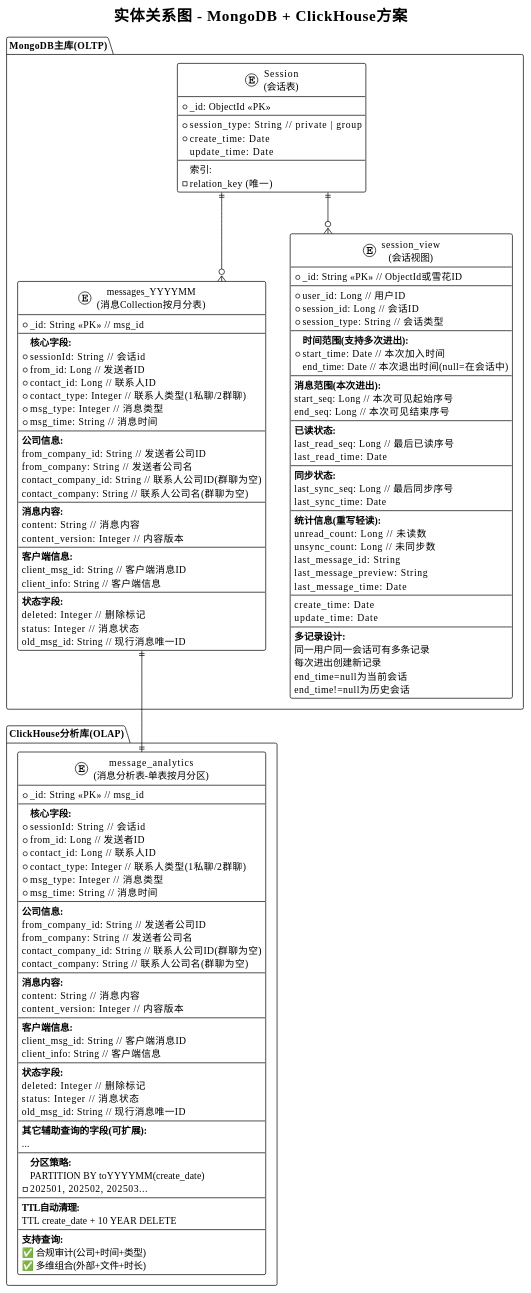
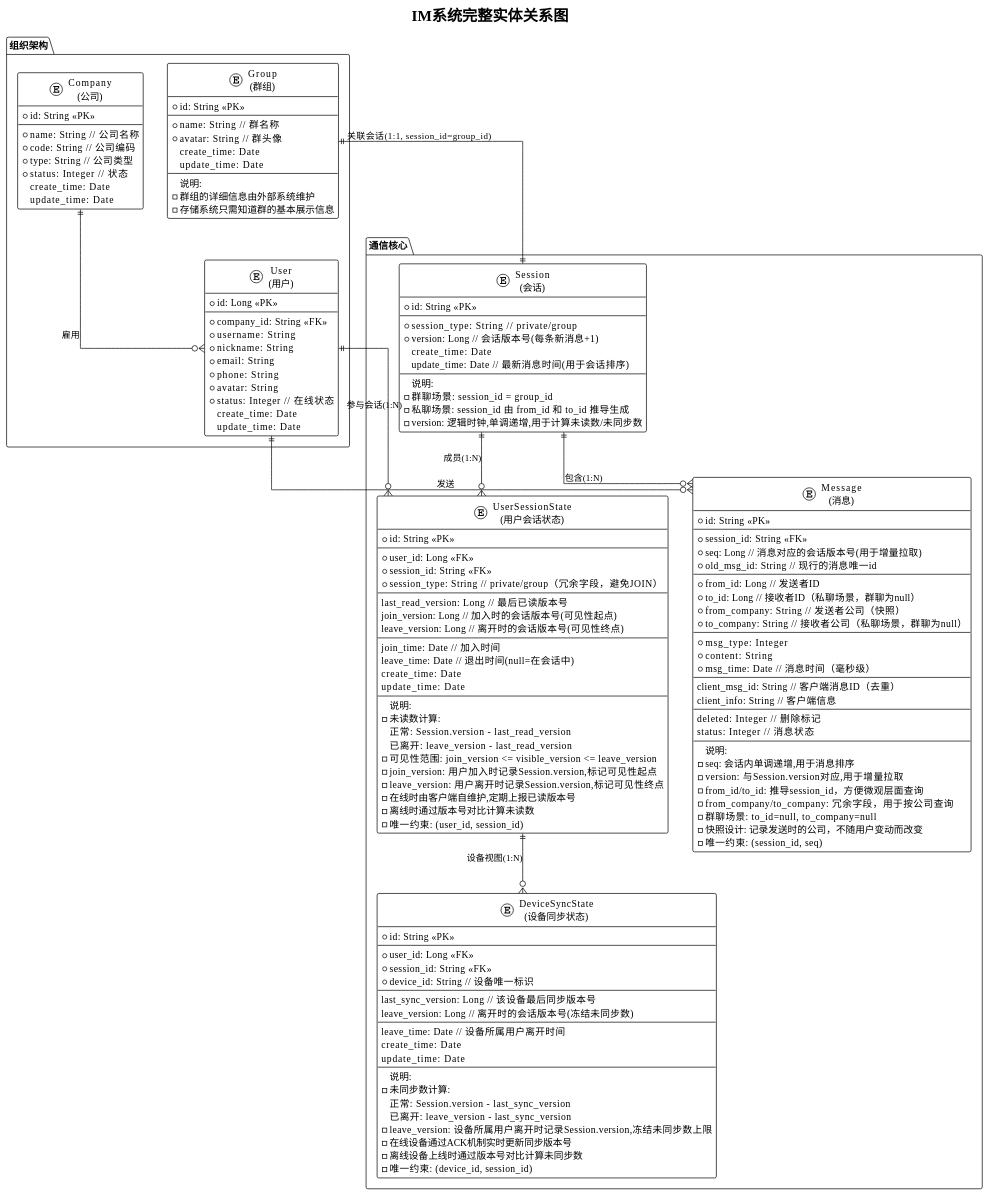
The diagram in im/entity-relationship.md (bluemacaw-zhou/note), drawn with PlantUML before and after one commit.

Commit message:
Update entity relationship diagram for IM system

````diff
--- a/im/entity-relationship.md
+++ b/im/entity-relationship.md
@@ -1,156 +1,163 @@
 ```plantuml
-@startuml 实体关系图V4-MongoDB方案
+@startuml 完整实体关系图-IM系统
 !theme plain
 skinparam linetype ortho
 
-title 实体关系图 - MongoDB + ClickHouse方案
+title IM系统完整实体关系图
 
-' ============ MongoDB实体 ============
-
-package "MongoDB主库(OLTP)" {
-
-  entity "Session\n(会话表)" as Session {
-    * _id: ObjectId <<PK>>
+' ============ 组织架构实体 ============
+package "组织架构" {
+  entity "Company\n(公司)" as Company {
+    * id: String <<PK>>
     --
-    * session_type: String // private | group
-    * create_time: Date
+    * name: String // 公司名称
+    * code: String // 公司编码
+    * type: String // 公司类型
+    * status: Integer // 状态
+    create_time: Date
     update_time: Date
-    ---
-    索引:
-    - relation_key (唯一)
   }
 
-  entity "messages_YYYYMM\n(消息Collection按月分表)" as Message {
-    * _id: String <<PK>> // msg_id
+  entity "User\n(用户)" as User {
+    * id: Long <<PK>>
     --
-    <b>核心字段:</b>
-    * sessionId: String // 会话id
+    * company_id: String <<FK>>
+    * username: String
+    * nickname: String
+    * email: String
+    * phone: String
+    * avatar: String
+    * status: Integer // 在线状态
+    create_time: Date
+    update_time: Date
+  }
+
+  entity "Group\n(群组)" as Group {
+    * id: String <<PK>>
+    --
+    * name: String // 群名称
+    * avatar: String // 群头像
+    create_time: Date
+    update_time: Date
+    --
+    说明:
+    - 群组的详细信息由外部系统维护
+    - 存储系统只需知道群的基本展示信息
+  }
+}
+
+' ============ 通信核心实体 ============
+package "通信核心" {
+  entity "Session\n(会话)" as Session {
+    * id: String <<PK>>
+    --
+    * session_type: String // private/group
+    * version: Long // 会话版本号(每条新消息+1)
+    create_time: Date
+    update_time: Date // 最新消息时间(用于会话排序)
+    --
+    说明:
+    - 群聊场景: session_id = group_id
+    - 私聊场景: session_id 由 from_id 和 to_id 推导生成
+    - version: 逻辑时钟,单调递增,用于计算未读数/未同步数
+  }
+
+  entity "UserSessionState\n(用户会话状态)" as UserSessionState {
+    * id: String <<PK>>
+    --
+    * user_id: Long <<FK>>
+    * session_id: String <<FK>>
+    * session_type: String // private/group（冗余字段，避免JOIN）
+    --
+    last_read_version: Long // 最后已读版本号
+    join_version: Long // 加入时的会话版本号(可见性起点)
+    leave_version: Long // 离开时的会话版本号(可见性终点)
+    --
+    join_time: Date // 加入时间
+    leave_time: Date // 退出时间(null=在会话中)
+    create_time: Date
+    update_time: Date
+    --
+    说明:
+    - 未读数计算:
+      正常: Session.version - last_read_version
+      已离开: leave_version - last_read_version
+    - 可见性范围: join_version <= visible_version <= leave_version
+    - join_version: 用户加入时记录Session.version,标记可见性起点
+    - leave_version: 用户离开时记录Session.version,标记可见性终点
+    - 在线时由客户端自维护,定期上报已读版本号
+    - 离线时通过版本号对比计算未读数
+    - 唯一约束: (user_id, session_id)
+  }
+
+  entity "DeviceSyncState\n(设备同步状态)" as DeviceSyncState {
+    * id: String <<PK>>
+    --
+    * user_id: Long <<FK>>
+    * session_id: String <<FK>>
+    * device_id: String // 设备唯一标识
+    --
+    last_sync_version: Long // 该设备最后同步版本号
+    leave_version: Long // 离开时的会话版本号(冻结未同步数)
+    --
+    leave_time: Date // 设备所属用户离开时间
+    create_time: Date
+    update_time: Date
+    --
+    说明:
+    - 未同步数计算:
+      正常: Session.version - last_sync_version
+      已离开: leave_version - last_sync_version
+    - leave_version: 设备所属用户离开时记录Session.version,冻结未同步数上限
+    - 在线设备通过ACK机制实时更新同步版本号
+    - 离线设备上线时通过版本号对比计算未同步数
+    - 唯一约束: (device_id, session_id)
+  }
+
+  entity "Message\n(消息)" as Message {
+    * id: String <<PK>>
+    --
+    * session_id: String <<FK>>
+    * seq: Long // 消息对应的会话版本号(用于增量拉取)
+    * old_msg_id: String // 现行的消息唯一id
+    --
     * from_id: Long // 发送者ID
-    * contact_id: Long // 联系人ID
-    * contact_type: Integer // 联系人类型(1私聊/2群聊)
-    * msg_type: Integer // 消息类型
-    * msg_time: String // 消息时间
+    * to_id: Long // 接收者ID（私聊场景，群聊为null）
+    * from_company: String // 发送者公司（快照）
+    * to_company: String // 接收者公司（私聊场景，群聊为null）
     --
-    <b>公司信息:</b>
-    from_company_id: String // 发送者公司ID
-    from_company: String // 发送者公司名
-    contact_company_id: String // 联系人公司ID(群聊为空)
-    contact_company: String // 联系人公司名(群聊为空)
+    * msg_type: Integer
+    * content: String
+    * msg_time: Date // 消息时间（毫秒级）
     --
-    <b>消息内容:</b>
-    content: String // 消息内容
-    content_version: Integer // 内容版本
-    --
-    <b>客户端信息:</b>
-    client_msg_id: String // 客户端消息ID
+    client_msg_id: String // 客户端消息ID（去重）
     client_info: String // 客户端信息
     --
-    <b>状态字段:</b>
     deleted: Integer // 删除标记
     status: Integer // 消息状态
-    old_msg_id: String // 现行消息唯一ID
+    --
+    说明:
+    - seq: 会话内单调递增,用于消息排序
+    - version: 与Session.version对应,用于增量拉取
+    - from_id/to_id: 推导session_id，方便微观层面查询
+    - from_company/to_company: 冗余字段，用于按公司查询
+    - 群聊场景: to_id=null, to_company=null
+    - 快照设计: 记录发送时的公司，不随用户变动而改变
+    - 唯一约束: (session_id, seq)
   }
-
-  entity "session_view\n(会话视图)" as SessionView {
-    * _id: String <<PK>> // ObjectId或雪花ID
-    --
-    * user_id: Long // 用户ID
-    * session_id: Long // 会话ID
-    * session_type: String // 会话类型
-    --
-    <b>时间范围(支持多次进出):</b>
-    * start_time: Date // 本次加入时间
-    end_time: Date // 本次退出时间(null=在会话中)
-    --
-    <b>消息范围(本次进出):</b>
-    start_seq: Long // 本次可见起始序号
-    end_seq: Long // 本次可见结束序号
-    --
-    <b>已读状态:</b>
-    last_read_seq: Long // 最后已读序号
-    last_read_time: Date
-    --
-     <b>同步状态:</b>
-    last_sync_seq: Long // 最后同步序号
-    last_sync_time: Date
-    --
-    <b>统计信息(重写轻读):</b>
-    unread_count: Long // 未读数
-    unsync_count: Long // 未同步数
-    last_message_id: String
-    last_message_preview: String
-    last_message_time: Date
-    --
-    create_time: Date
-    update_time: Date
-    ---
-    <b>多记录设计:</b>
-    同一用户同一会话可有多条记录
-    每次进出创建新记录
-    end_time=null为当前会话
-    end_time!=null为历史会话
-  }
-
 }
 
-' ============ ClickHouse实体 ============
+' ============ 关系定义 ============
 
-package "ClickHouse分析库(OLAP)" {
+' 组织架构关系
+Company ||--o{ User : "雇用"
 
-  entity "message_analytics\n(消息分析表-单表按月分区)" as Analytics {
-    * _id: String <<PK>> // msg_id
-    --
-    <b>核心字段:</b>
-    * sessionId: String // 会话id
-    * from_id: Long // 发送者ID
-    * contact_id: Long // 联系人ID
-    * contact_type: Integer // 联系人类型(1私聊/2群聊)
-    * msg_type: Integer // 消息类型
-    * msg_time: String // 消息时间
-    --
-    <b>公司信息:</b>
-    from_company_id: String // 发送者公司ID
-    from_company: String // 发送者公司名
-    contact_company_id: String // 联系人公司ID(群聊为空)
-    contact_company: String // 联系人公司名(群聊为空)
-    --
-    <b>消息内容:</b>
-    content: String // 消息内容
-    content_version: Integer // 内容版本
-    --
-    <b>客户端信息:</b>
-    client_msg_id: String // 客户端消息ID
-    client_info: String // 客户端信息
-    --
-    <b>状态字段:</b>
-    deleted: Integer // 删除标记
-    status: Integer // 消息状态
-    old_msg_id: String // 现行消息唯一ID
-    ---
-    <b>其它辅助查询的字段(可扩展):</b>
-    ...
-    ---
-    <b>分区策略:</b>
-    PARTITION BY toYYYYMM(create_date)
-    - 202501, 202502, 202503...
-    ---
-    <b>TTL自动清理:</b>
-    TTL create_date + 10 YEAR DELETE
-    ---
-    <b>支持查询:</b>
-    ✅ 合规审计(公司+时间+类型)
-    ✅ 多维组合(外部+文件+时长)
-  }
-
-}
-
-' ============ 关系 ============
-
-Session ||--o{ Message 
-
-
-Session ||--o{ SessionView 
-Message ||--|| Analytics 
-
+' 通信关系
+Group ||--|| Session : "关联会话(1:1, session_id=group_id)"
+User ||--o{ UserSessionState : "参与会话(1:N)"
+Session ||--o{ UserSessionState : "成员(1:N)"
+UserSessionState ||--o{ DeviceSyncState : "设备视图(1:N)"
+User ||--o{ Message : "发送"
+Session ||--o{ Message : "包含(1:N)"
 @enduml
 ```
````
